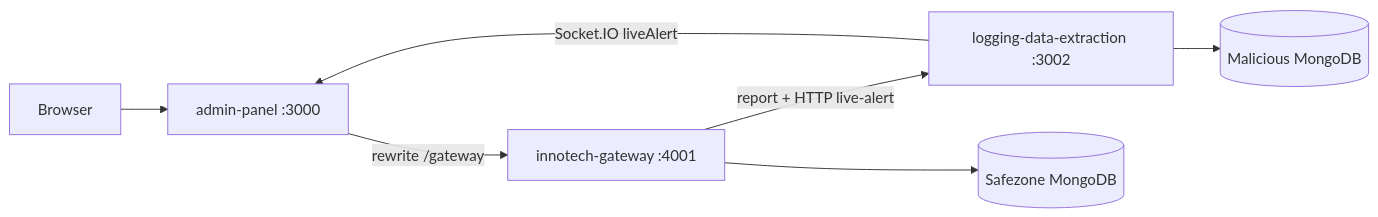
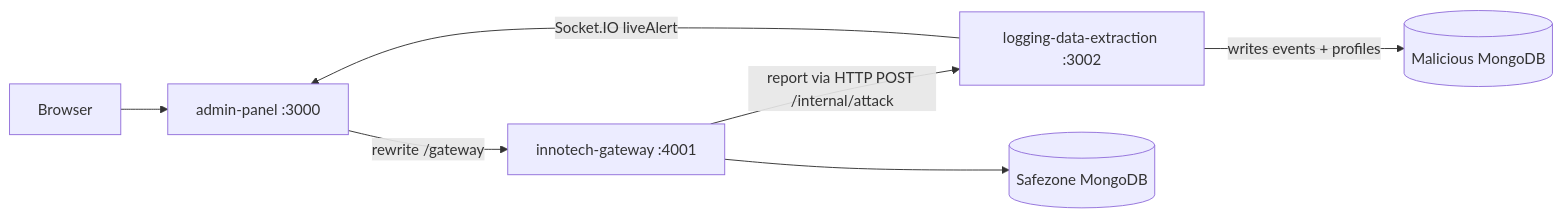
One commit to yanivbahalul/Evation-cyber-platform changed the diagram in docs/ARCHITECTURE.md. Above: the diagram before and after it, drawn with Mermaid. The commit also changed other lines of this file and 150 other files, not shown here.

````diff
--- a/docs/ARCHITECTURE.md
+++ b/docs/ARCHITECTURE.md
@@ -54,9 +54,9 @@
 ```mermaid
 flowchart LR
   Browser --> AdminPanel["admin-panel :3000"]
   AdminPanel -->|rewrite /gateway| Gateway["innotech-gateway :4001"]
-  Gateway -->|report + HTTP live-alert| Telemetry["logging-data-extraction :3002"]
-  Telemetry --> MaliciousDB[(Malicious MongoDB)]
+  Gateway -->|report via HTTP POST /internal/attack| Telemetry["logging-data-extraction :3002"]
+  Telemetry -->|writes events + profiles| MaliciousDB[(Malicious MongoDB)]
   Telemetry -->|Socket.IO liveAlert| AdminPanel
   Gateway --> SafezoneDB[(Safezone MongoDB)]
 ```
````
